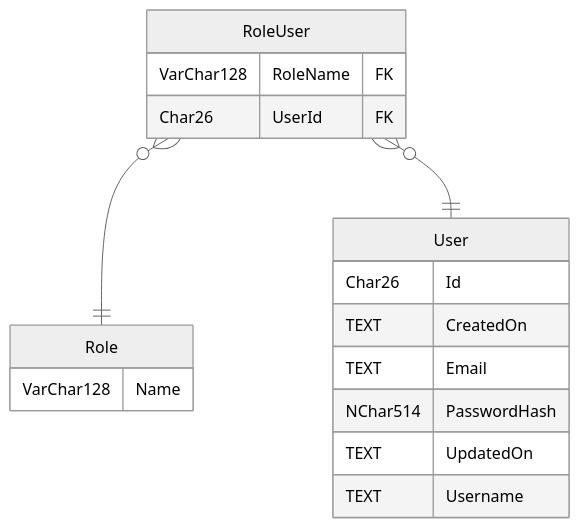
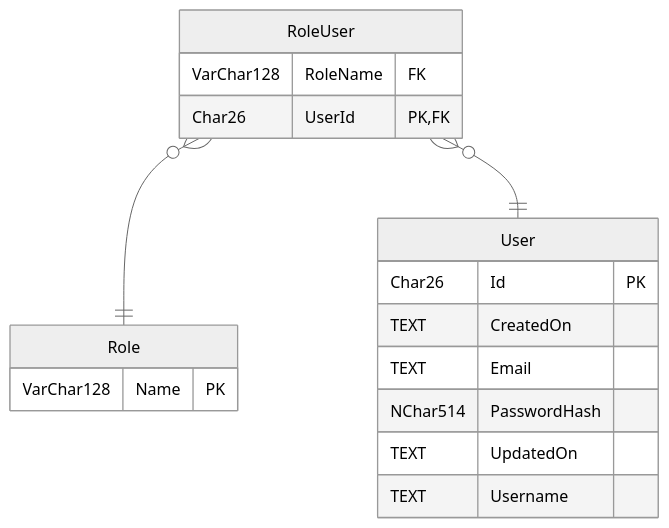
One commit to hhko/ArchDdd changed the diagram in src/Migrators/Migrators.Sqlite/ERD.md. Above: the diagram before and after it, drawn with Mermaid. The commit also changed 10 other files, not shown here.

Commit message:
refactor: ERD 업데이트

````diff
--- a/src/Migrators/Migrators.Sqlite/ERD.md
+++ b/src/Migrators/Migrators.Sqlite/ERD.md
@@ -2,21 +2,21 @@
 ```mermaid
 	%%{init: {'theme':'neutral'}}%%
 	erDiagram
 	Role {
-		VarChar128 Name 
+		VarChar128 Name PK
 	}
 	RoleUser {
 		VarChar128 RoleName FK
-		Char26 UserId FK
+		Char26 UserId PK,FK
 	}
 	User {
-		Char26 Id 
+		Char26 Id PK
 		TEXT CreatedOn 
 		TEXT Email 
 		NChar514 PasswordHash 
 		TEXT UpdatedOn 
 		TEXT Username 
 	}
 RoleUser}o--||Role : ""
 RoleUser}o--||User : ""
 ```
````
